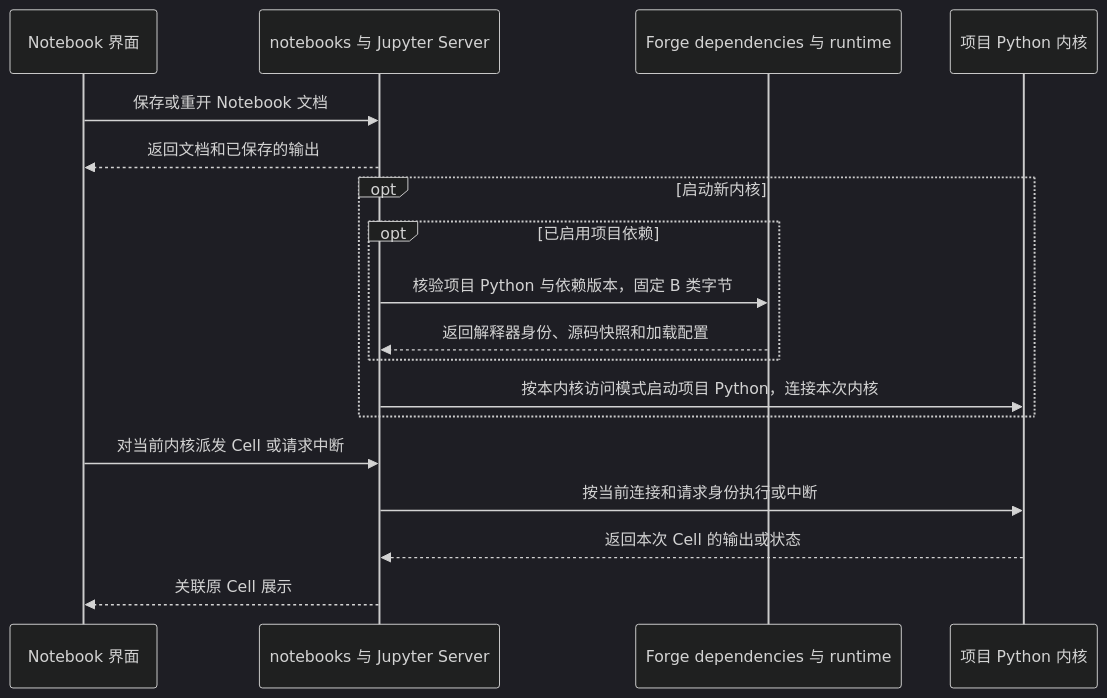
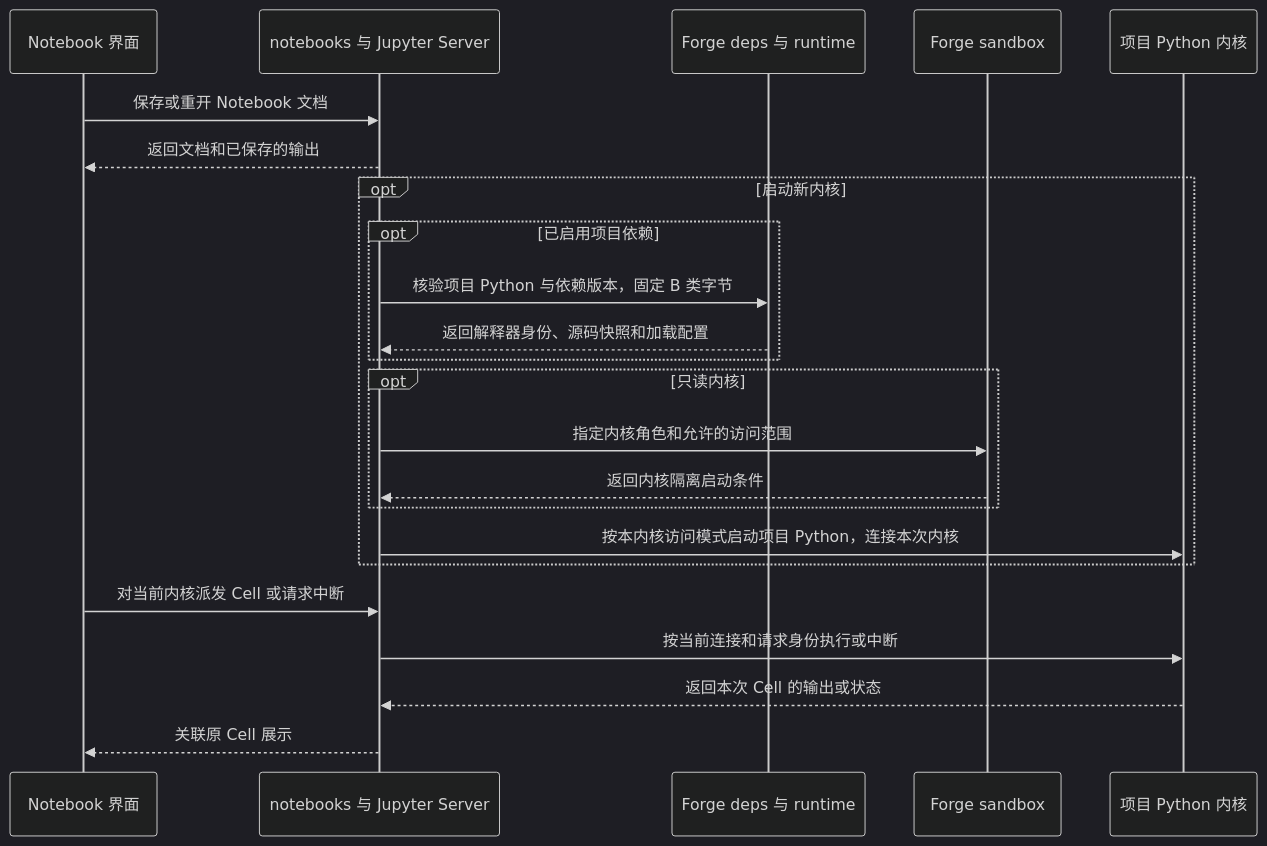
One commit to vincent9299/demiflow changed the tenth of 14 diagrams in docs/demiflow-architecture.md. Above: the diagram before and after it, drawn with Mermaid (dark theme). The commit also changed other lines of this file, not shown here.

Commit message:
Derive Forge ownership and engineering handoffs from the approved design

````diff
--- a/docs/demiflow-architecture.md
+++ b/docs/demiflow-architecture.md
@@ -338,20 +340,25 @@
 ```mermaid
 sequenceDiagram
     participant U as Notebook 界面
     participant N as notebooks 与 Jupyter Server
-    participant R as Forge dependencies 与 runtime
+    participant R as Forge deps 与 runtime
+    participant S as Forge sandbox
     participant K as 项目 Python 内核
     U->>N: 保存或重开 Notebook 文档
     N-->>U: 返回文档和已保存的输出
     opt 启动新内核
         opt 已启用项目依赖
             N->>R: 核验项目 Python 与依赖版本，固定 B 类字节
             R-->>N: 返回解释器身份、源码快照和加载配置
         end
+        opt 只读内核
+            N->>S: 指定内核角色和允许的访问范围
+            S-->>N: 返回内核隔离启动条件
+        end
         N->>K: 按本内核访问模式启动项目 Python，连接本次内核
     end
     U->>N: 对当前内核派发 Cell 或请求中断
     N->>K: 按当前连接和请求身份执行或中断
     K-->>N: 返回本次 Cell 的输出或状态
     N-->>U: 关联原 Cell 展示
 ```
````
